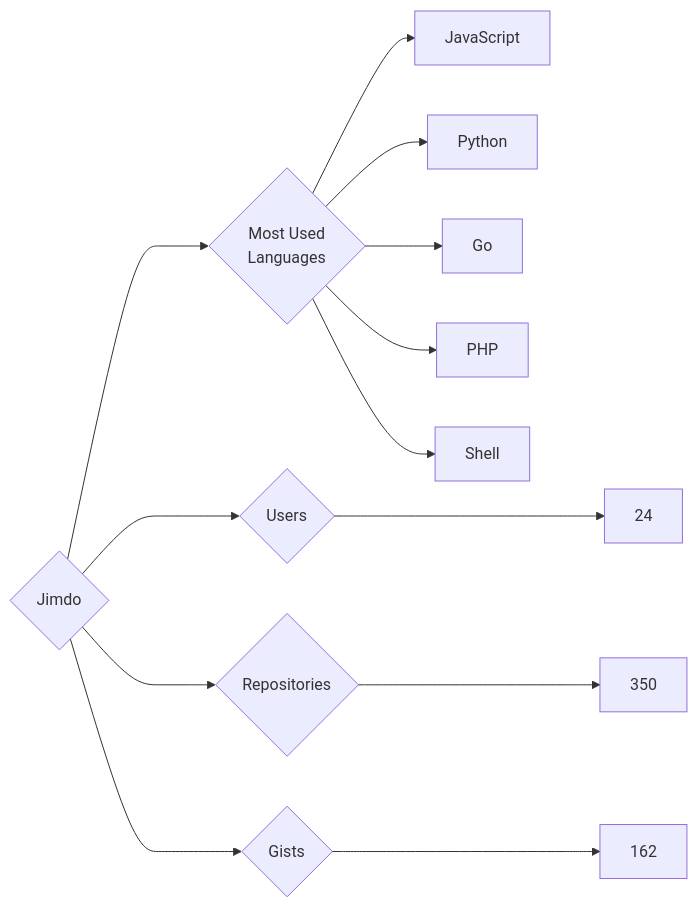
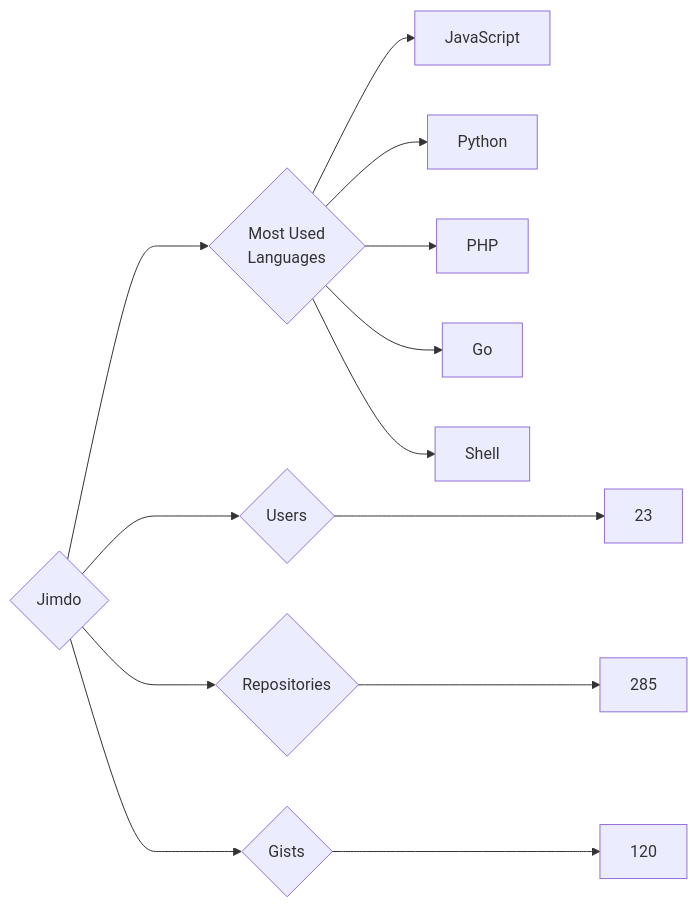
The diagram in targets/Jimdo/README.md (trickest/insiders), drawn with Mermaid before and after one commit. The commit also changed 894 other files, not shown here.

````diff
--- a/targets/Jimdo/README.md
+++ b/targets/Jimdo/README.md
@@ -3,13 +3,13 @@
 ```mermaid
 graph LR
 COMPANY_NAME{Jimdo}
-COMPANY_NAME ---> U{Users} ---> UN[24]
-COMPANY_NAME ---> R{Repositories} ---> RN[350]
-COMPANY_NAME ---> G{Gists} ---> GN[162]
+COMPANY_NAME ---> U{Users} ---> UN[23]
+COMPANY_NAME ---> R{Repositories} ---> RN[285]
+COMPANY_NAME ---> G{Gists} ---> GN[120]
 COMPANY_NAME ---> ML{Most Used<br>Languages}
 ML --> JavaScript[JavaScript]
 ML --> Python[Python]
+ML --> PHP[PHP]
 ML --> Go[Go]
-ML --> PHP[PHP]
 ML --> Shell[Shell]
 ```
````
